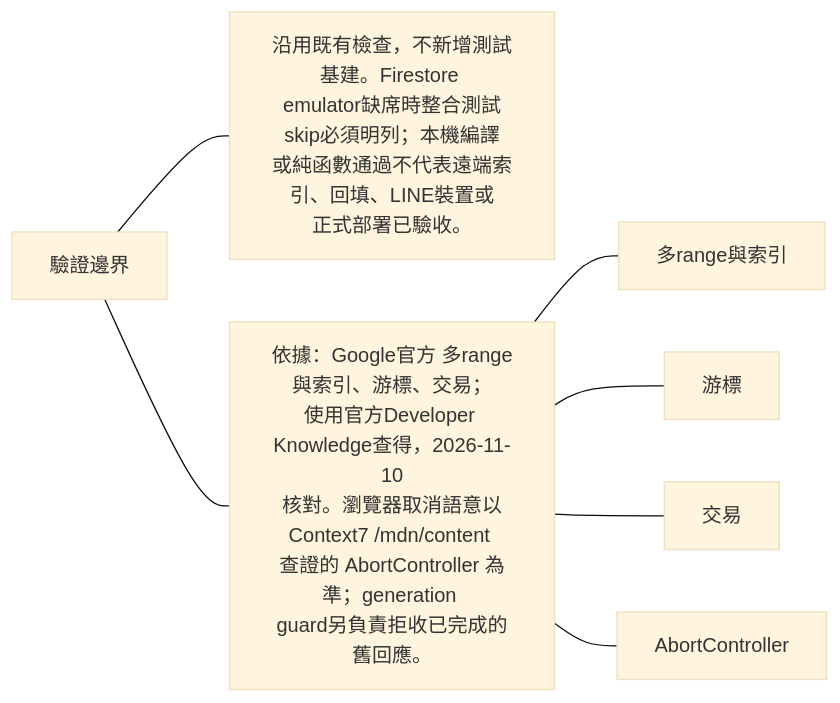
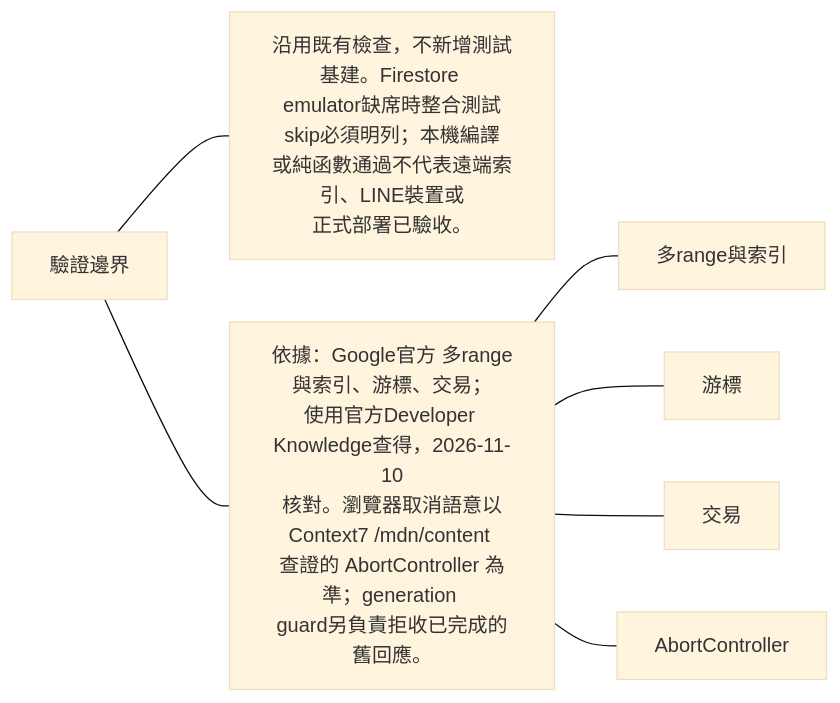
The tenth of 13 diagrams in docs/domains/attendance/queries.md (963sup/line-mini-app-bot), drawn with Mermaid (base theme) before and after one commit. The commit also changed other lines of this file and 20 other files, not shown here.

````diff
--- a/docs/domains/attendance/queries.md
+++ b/docs/domains/attendance/queries.md
@@ -90,14 +90,14 @@
 ```mermaid
 flowchart LR
   h["驗證邊界"]
-  h --- n0["沿用既有檢查，不新增測試基建。Firestore <br/>emulator缺席時整合測試skip必須明列；本機編譯<br/>或純函數通過不代表遠端索引、回填、LINE裝置或<br/>正式部署已驗收。"]
+  h --- n0["沿用既有檢查，不新增測試基建。Firestore <br/>emulator缺席時整合測試skip必須明列；本機編譯<br/>或純函數通過不代表遠端索引、LINE裝置或<br/>正式部署已驗收。"]
   h --- n1["依據：Google官方 多range與索引、游標、交易；<br/>使用官方Developer Knowledge查得，2026-11-10<br/>核對。瀏覽器取消語意以Context7 /mdn/content <br/>查證的 AbortController 為準；generation <br/>guard另負責拒收已完成的舊回應。"]
   n1 --- n1l0["多range與索引"]
   click n1l0 "https://firebase.google.com/docs/firestore/query-data/multiple-range-fields"
   n1 --- n1l1["游標"]
   click n1l1 "https://firebase.google.com/docs/firestore/query-data/query-cursors"
   n1 --- n1l2["交易"]
   click n1l2 "https://firebase.google.com/docs/firestore/manage-data/transactions"
   n1 --- n1l3["AbortController"]
   click n1l3 "https://developer.mozilla.org/en-US/docs/Web/API/AbortController/abort"
 ```
````
